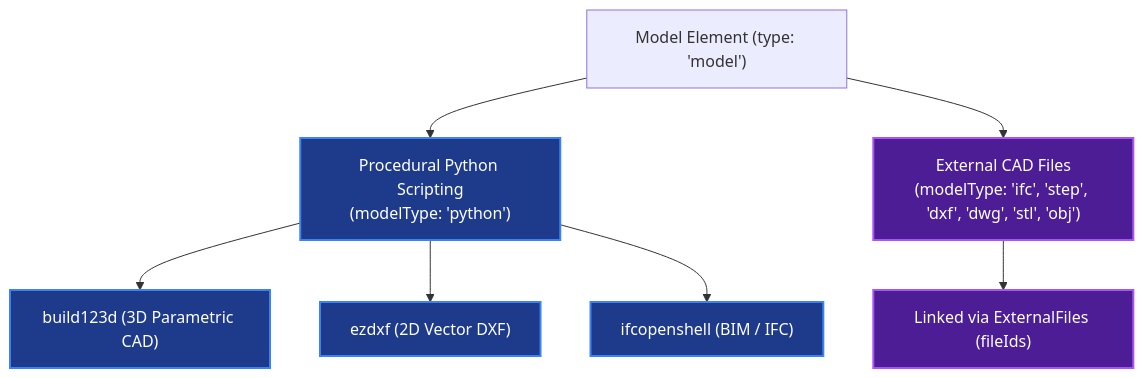
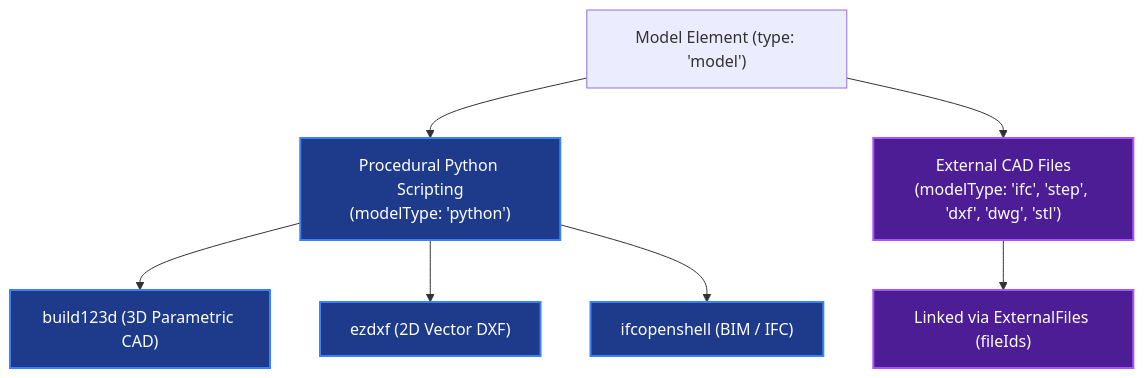
The diagram in apps/web/content/docs/concepts/elements/model-element.mdx (ducflair/duc), drawn with Mermaid before and after one commit. The commit also changed other lines of this file and 1 other file, not shown here.

Commit message:
docs: Clarify Model Element output contracts

````diff
--- a/apps/web/content/docs/concepts/elements/model-element.mdx
+++ b/apps/web/content/docs/concepts/elements/model-element.mdx
@@ -20,18 +20,18 @@
 ```mermaid
 flowchart TD
     M["Model Element (type: 'model')"]
     M --> P["Procedural Python Scripting<br/>(modelType: 'python')"]
-    M --> E["External CAD Files<br/>(modelType: 'ifc', 'step', 'dxf', 'dwg', 'stl', 'obj')"]
+    M --> E["External CAD Files<br/>(modelType: 'ifc', 'step', 'dxf', 'dwg', 'stl')"]
 
     P --> P1["build123d (3D Parametric CAD)"]
     P --> P2["ezdxf (2D Vector DXF)"]
     P --> P3["ifcopenshell (BIM / IFC)"]
 
     E --> E1["Linked via ExternalFiles (fileIds)"]
 
     classDef python fill:#1e3a8a,stroke:#3b82f6,stroke-width:2px,color:#ffffff;
     classDef external fill:#4c1d95,stroke:#a855f7,stroke-width:2px,color:#ffffff;
 
     class P,P1,P2,P3 python;
     class E,E1 external;
 ```
````
